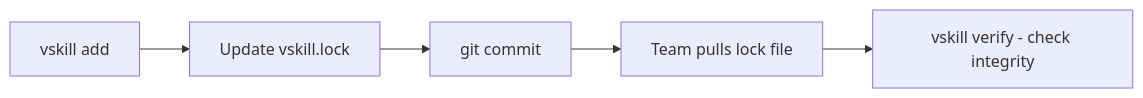
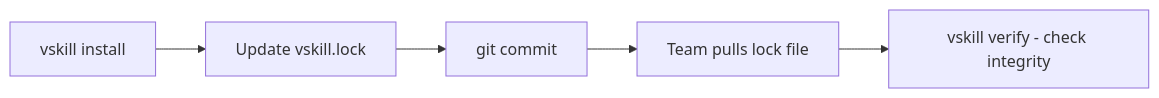
One commit to anton-abyzov/specweave-umb changed the first of 2 diagrams in .specweave/docs/internal/strategy/skillweave-versioning.md. Above: the diagram before and after it, drawn with Mermaid. The commit also changed 78 other files, not shown here.

````diff
--- a/.specweave/docs/internal/strategy/skillweave-versioning.md
+++ b/.specweave/docs/internal/strategy/skillweave-versioning.md
@@ -101,7 +101,7 @@
 ```mermaid
 flowchart LR
-    INSTALL[vskill add] --> LOCK[Update vskill.lock]
+    INSTALL[vskill install] --> LOCK[Update vskill.lock]
     LOCK --> COMMIT[git commit]
     COMMIT --> SHARE[Team pulls lock file]
     SHARE --> VERIFY[vskill verify - check integrity]
 ```
````
